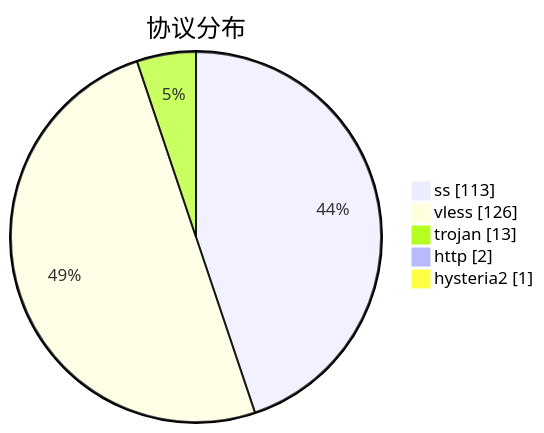
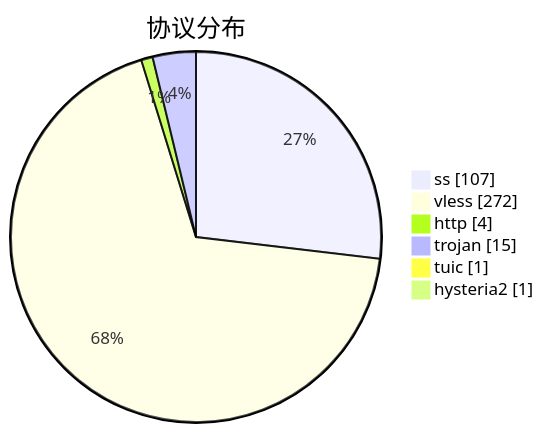
The third of 3 diagrams in subs/statistics/tested_within.md (qjlxg/airport), drawn with Mermaid before and after one commit. The commit also changed other lines of this file and 2 other files, not shown here.

````diff
--- a/subs/statistics/tested_within.md
+++ b/subs/statistics/tested_within.md
@@ -31,9 +33,10 @@
 ```mermaid
 pie showData
 title 协议分布
-"ss" : 113
-"vless" : 126
-"trojan" : 13
-"http" : 2
+"ss" : 107
+"vless" : 272
+"http" : 4
+"trojan" : 15
+"tuic" : 1
 "hysteria2" : 1
 ```
````
